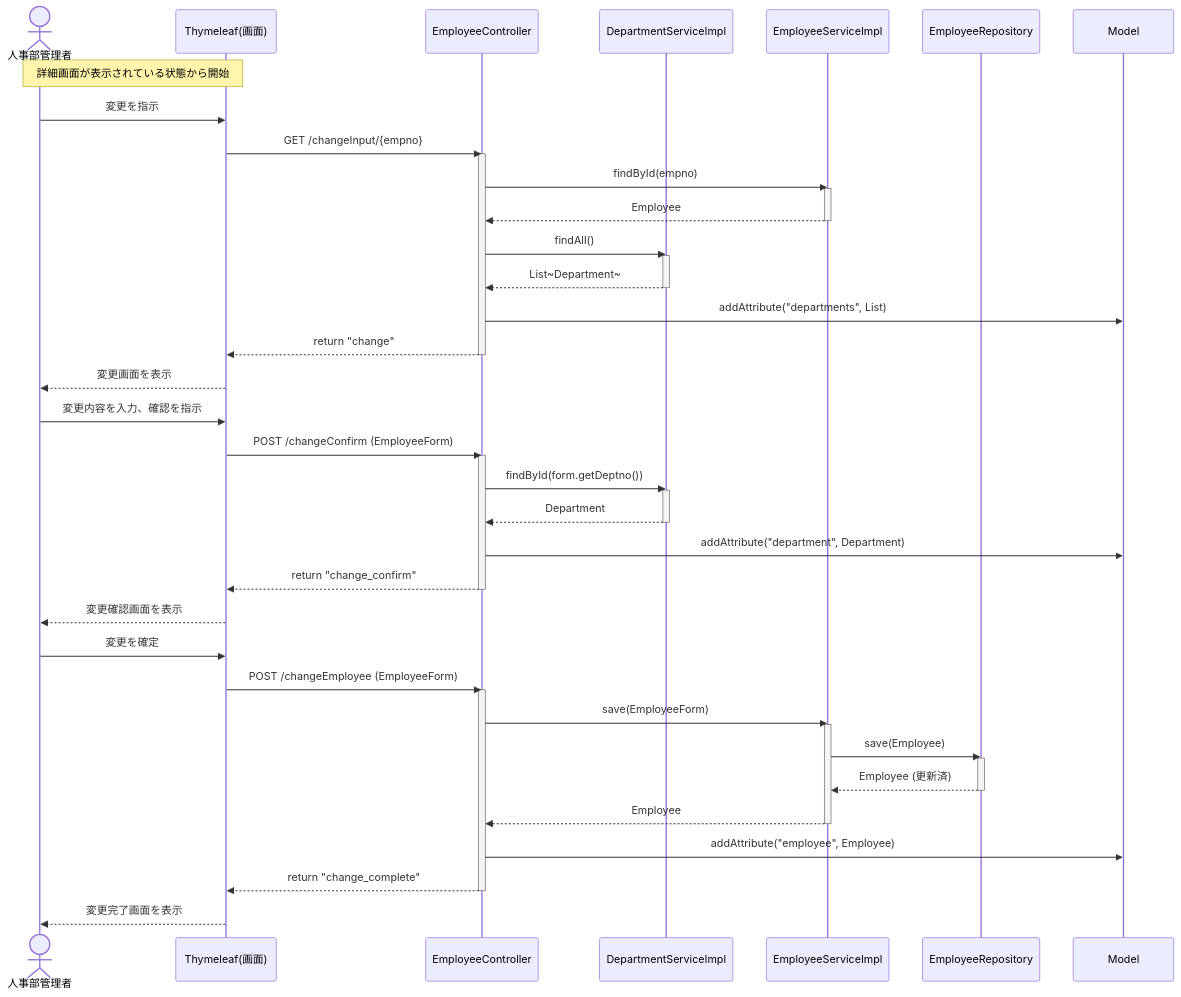
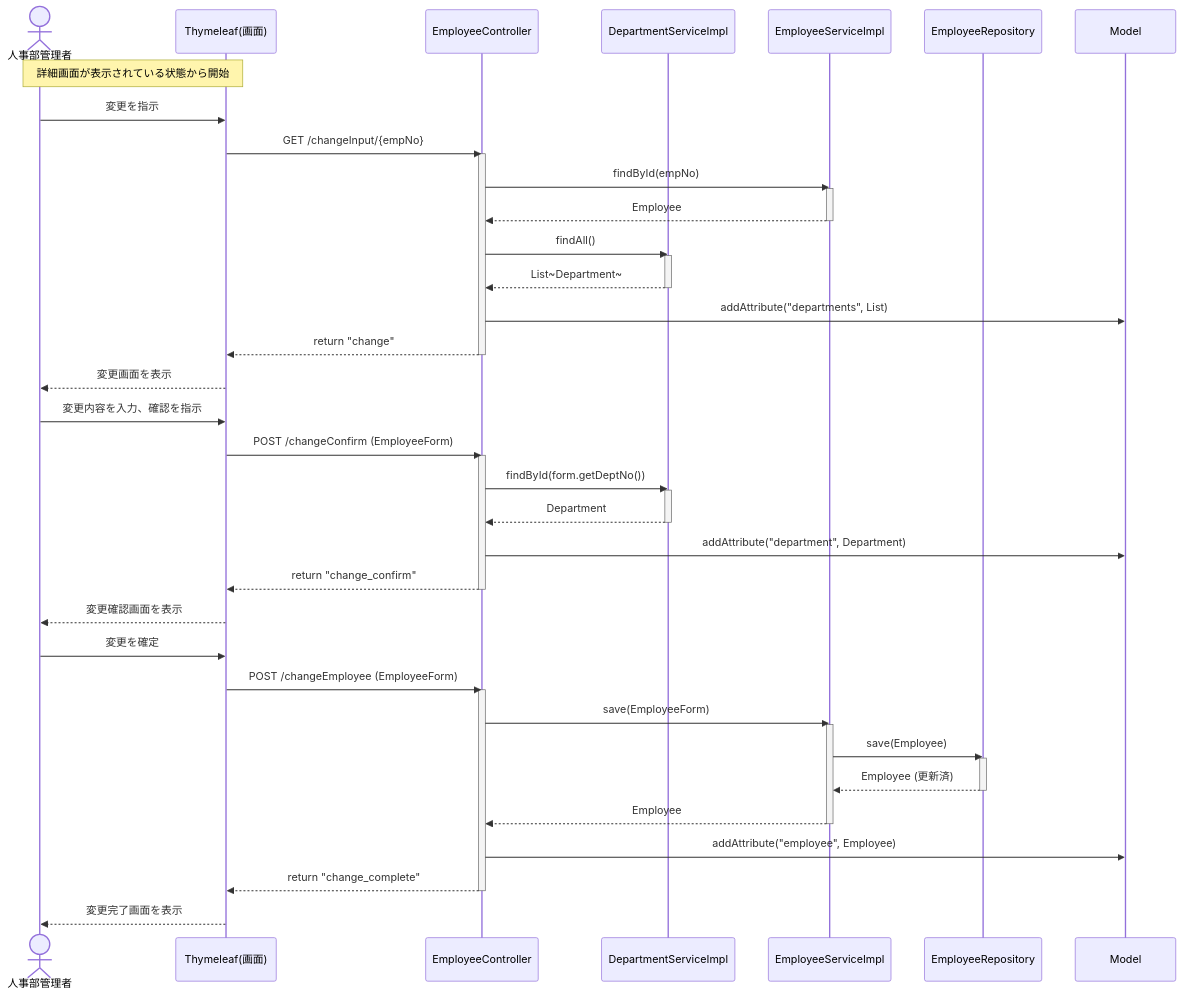
Before and after one commit to juyeongjung1/NewEIMS: diagram 24 of 25 in EIMS_Comprehensive_Exercise_Guide.md, drawn with Mermaid. The commit also changed other lines of this file, not shown here.

````diff
--- a/EIMS_Comprehensive_Exercise_Guide.md
+++ b/EIMS_Comprehensive_Exercise_Guide.md
@@ -1605,55 +1609,55 @@
 ```mermaid
 sequenceDiagram
     actor Admin as 人事部管理者
     participant View as Thymeleaf(画面)
     participant Ctrl as EmployeeController
     participant DSvc as DepartmentServiceImpl
     participant Svc as EmployeeServiceImpl
     participant Rep as EmployeeRepository
     participant Model as Model
 
     note over Admin, View: 詳細画面が表示されている状態から開始
     Admin ->> View: 変更を指示
-    View ->> Ctrl: GET /changeInput/{empno}
+    View ->> Ctrl: GET /changeInput/{empNo}
     activate Ctrl
-    Ctrl ->> Svc: findById(empno)
+    Ctrl ->> Svc: findById(empNo)
     activate Svc
     Svc -->> Ctrl: Employee
     deactivate Svc
     Ctrl ->> DSvc: findAll()
     activate DSvc
     DSvc -->> Ctrl: List~Department~
     deactivate DSvc
     Ctrl ->> Model: addAttribute("departments", List)
     Ctrl -->> View: return "change"
     deactivate Ctrl
     View -->> Admin: 変更画面を表示
     
     Admin ->> View: 変更内容を入力、確認を指示
     View ->> Ctrl: POST /changeConfirm (EmployeeForm)
     activate Ctrl
-    Ctrl ->> DSvc: findById(form.getDeptno())
+    Ctrl ->> DSvc: findById(form.getDeptNo())
     activate DSvc
     DSvc -->> Ctrl: Department
     deactivate DSvc
     Ctrl ->> Model: addAttribute("department", Department)
     Ctrl -->> View: return "change_confirm"
     deactivate Ctrl
     View -->> Admin: 変更確認画面を表示
     
     Admin ->> View: 変更を確定
     View ->> Ctrl: POST /changeEmployee (EmployeeForm)
     activate Ctrl
     Ctrl ->> Svc: save(EmployeeForm)
     activate Svc
     Svc ->> Rep: save(Employee)
     activate Rep
     Rep -->> Svc: Employee (更新済)
     deactivate Rep
     Svc -->> Ctrl: Employee
     deactivate Svc
     Ctrl ->> Model: addAttribute("employee", Employee)
     Ctrl -->> View: return "change_complete"
     deactivate Ctrl
     View -->> Admin: 変更完了画面を表示
 ```
````
